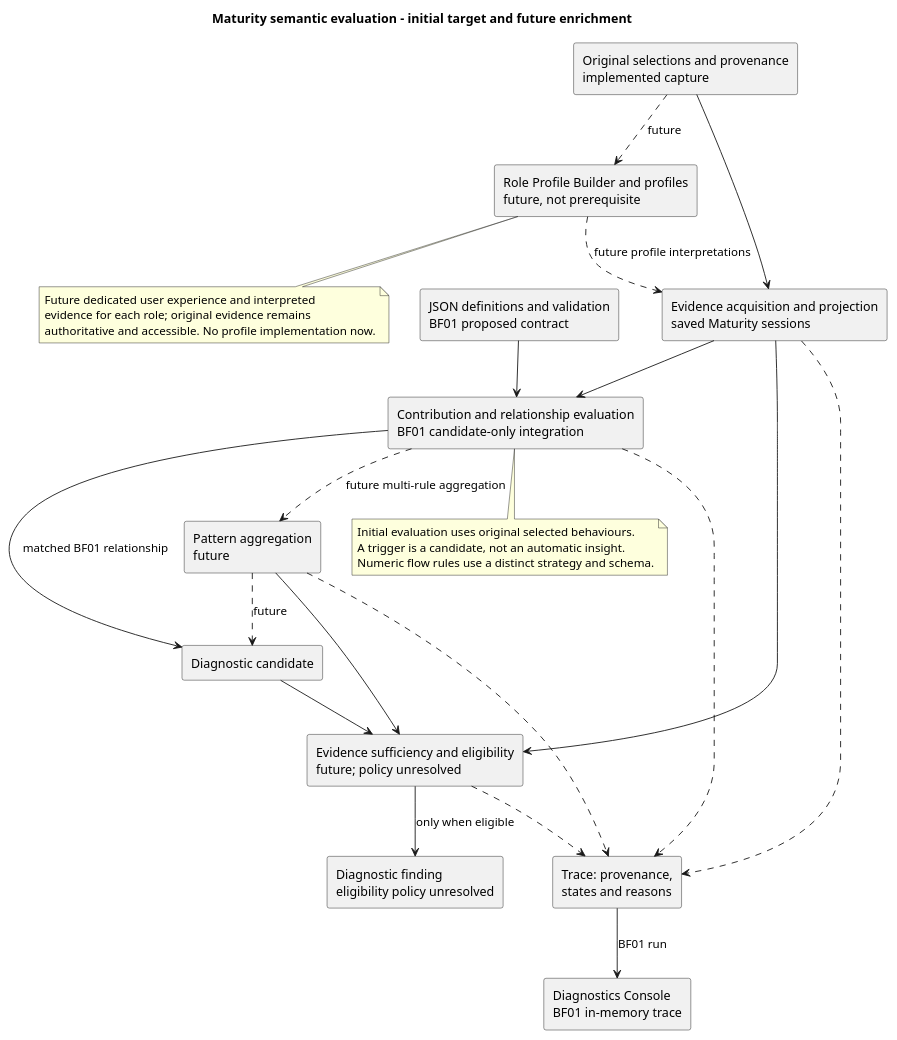
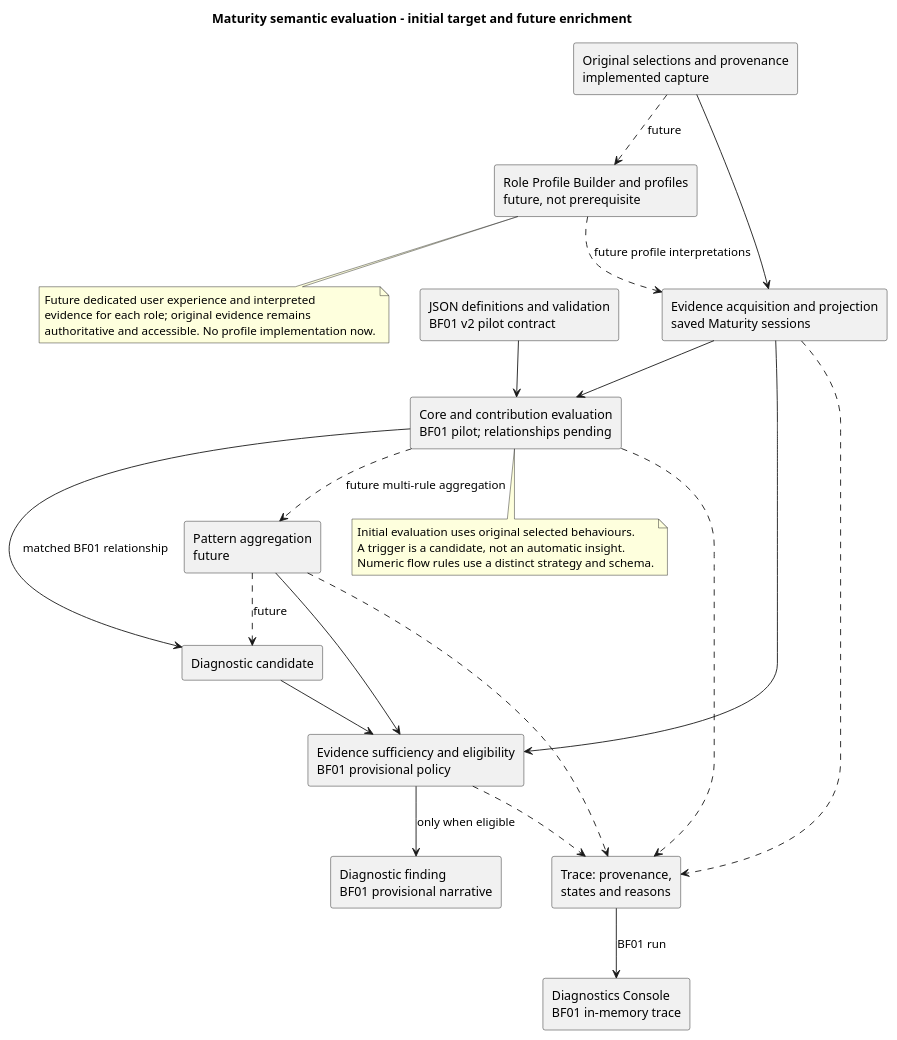
The diagram in OperationalIntelligenceHub/docs/architecture/rule_engine_interaction.puml (Dowlingfuau/Empowered-Delivery), drawn with PlantUML before and after one commit. The commit also changed 22 other files, not shown here.

Commit message:
Implemented the BF01 provisional finding in the existing Maturity results and Diagnostics Console. The numeric pipeline remains separate.

```diff
--- a/OperationalIntelligenceHub/docs/architecture/rule_engine_interaction.puml
+++ b/OperationalIntelligenceHub/docs/architecture/rule_engine_interaction.puml
@@ -1,41 +1,41 @@
 @startuml
 title Maturity semantic evaluation - initial target and future enrichment
 rectangle "Original selections and provenance\nimplemented capture" as evidence
 rectangle "Evidence acquisition and projection\nsaved Maturity sessions" as projection
 rectangle "Role Profile Builder and profiles\nfuture, not prerequisite" as profiles
-rectangle "JSON definitions and validation\nBF01 proposed contract" as rules
-rectangle "Contribution and relationship evaluation\nBF01 candidate-only integration" as match
+rectangle "JSON definitions and validation\nBF01 v2 pilot contract" as rules
+rectangle "Core and contribution evaluation\nBF01 pilot; relationships pending" as match
 rectangle "Pattern aggregation\nfuture" as aggregate
 rectangle "Diagnostic candidate" as candidate
-rectangle "Evidence sufficiency and eligibility\nfuture; policy unresolved" as support
-rectangle "Diagnostic finding\neligibility policy unresolved" as finding
+rectangle "Evidence sufficiency and eligibility\nBF01 provisional policy" as support
+rectangle "Diagnostic finding\nBF01 provisional narrative" as finding
 rectangle "Trace: provenance,\nstates and reasons" as trace
 rectangle "Diagnostics Console\nBF01 in-memory trace" as console
 evidence --> projection
 evidence ..> profiles : future
 profiles ..> projection : future profile interpretations
 projection --> match
 rules --> match
 match ..> aggregate : future multi-rule aggregation
 aggregate --> support
 projection --> support
 match --> candidate : matched BF01 relationship
 aggregate ..> candidate : future
 candidate --> support
 support --> finding : only when eligible
 projection ..> trace
 match ..> trace
 aggregate ..> trace
 support ..> trace
 trace --> console : BF01 run
 note bottom of match
   Initial evaluation uses original selected behaviours.
   A trigger is a candidate, not an automatic insight.
   Numeric flow rules use a distinct strategy and schema.
 end note
 note bottom of profiles
   Future dedicated user experience and interpreted
   evidence for each role; original evidence remains
   authoritative and accessible. No profile implementation now.
 end note
 @enduml
```
